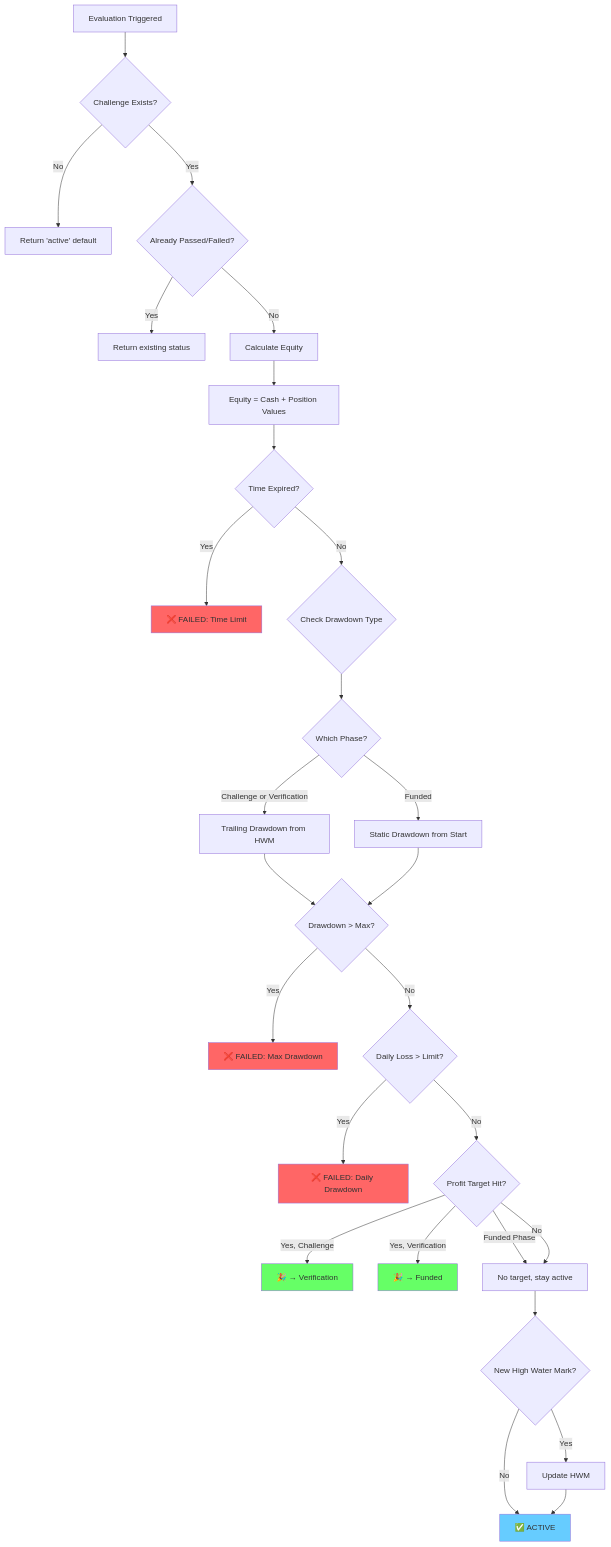
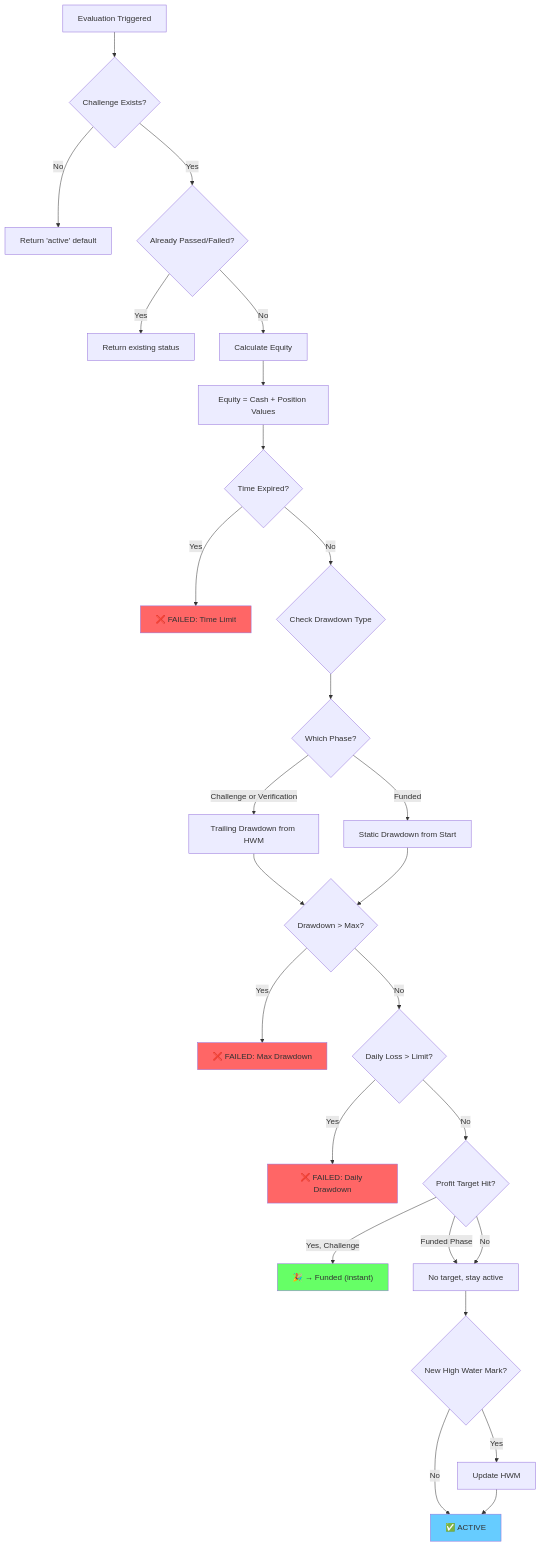
Before and after one commit to lmmagyar-ops/prop-firm: the fifth of 6 diagrams in docs/STATE_MACHINES.md, drawn with Mermaid. The commit also changed other lines of this file and 38 other files, not shown here.

````diff
--- a/docs/STATE_MACHINES.md
+++ b/docs/STATE_MACHINES.md
@@ -251,43 +242,41 @@
 ```mermaid
 flowchart TD
     A[Evaluation Triggered] --> B{Challenge Exists?}
     B -->|No| Z[Return 'active' default]
     B -->|Yes| C{Already Passed/Failed?}
     C -->|Yes| D[Return existing status]
     C -->|No| E[Calculate Equity]
     
     E --> F["Equity = Cash + Position Values"]
     
     F --> G{Time Expired?}
     G -->|Yes| FAIL1[❌ FAILED: Time Limit]
     G -->|No| H{Check Drawdown Type}
     
     H --> I{Which Phase?}
     I -->|Challenge or Verification| J["Trailing Drawdown from HWM"]
     I -->|Funded| K["Static Drawdown from Start"]
     
     J --> L{Drawdown > Max?}
     K --> L
     L -->|Yes| FAIL2[❌ FAILED: Max Drawdown]
     L -->|No| M{Daily Loss > Limit?}
     
     M -->|Yes| FAIL3[❌ FAILED: Daily Drawdown]
     M -->|No| R{Profit Target Hit?}
     
-    R -->|Yes, Challenge| PASS1[🎉 → Verification]
-    R -->|Yes, Verification| PASS2[🎉 → Funded]
+    R -->|Yes, Challenge| PASS1["🎉 → Funded (instant)"]
     R -->|Funded Phase| S[No target, stay active]
     R -->|No| S
     
     S --> T{New High Water Mark?}
     T -->|Yes| U[Update HWM]
     T -->|No| ACTIVE[✅ ACTIVE]
     U --> ACTIVE
     
     style FAIL1 fill:#ff6666
     style FAIL2 fill:#ff6666
     style FAIL3 fill:#ff6666
     style PASS1 fill:#66ff66
-    style PASS2 fill:#66ff66
     style ACTIVE fill:#66ccff
 ```
````
